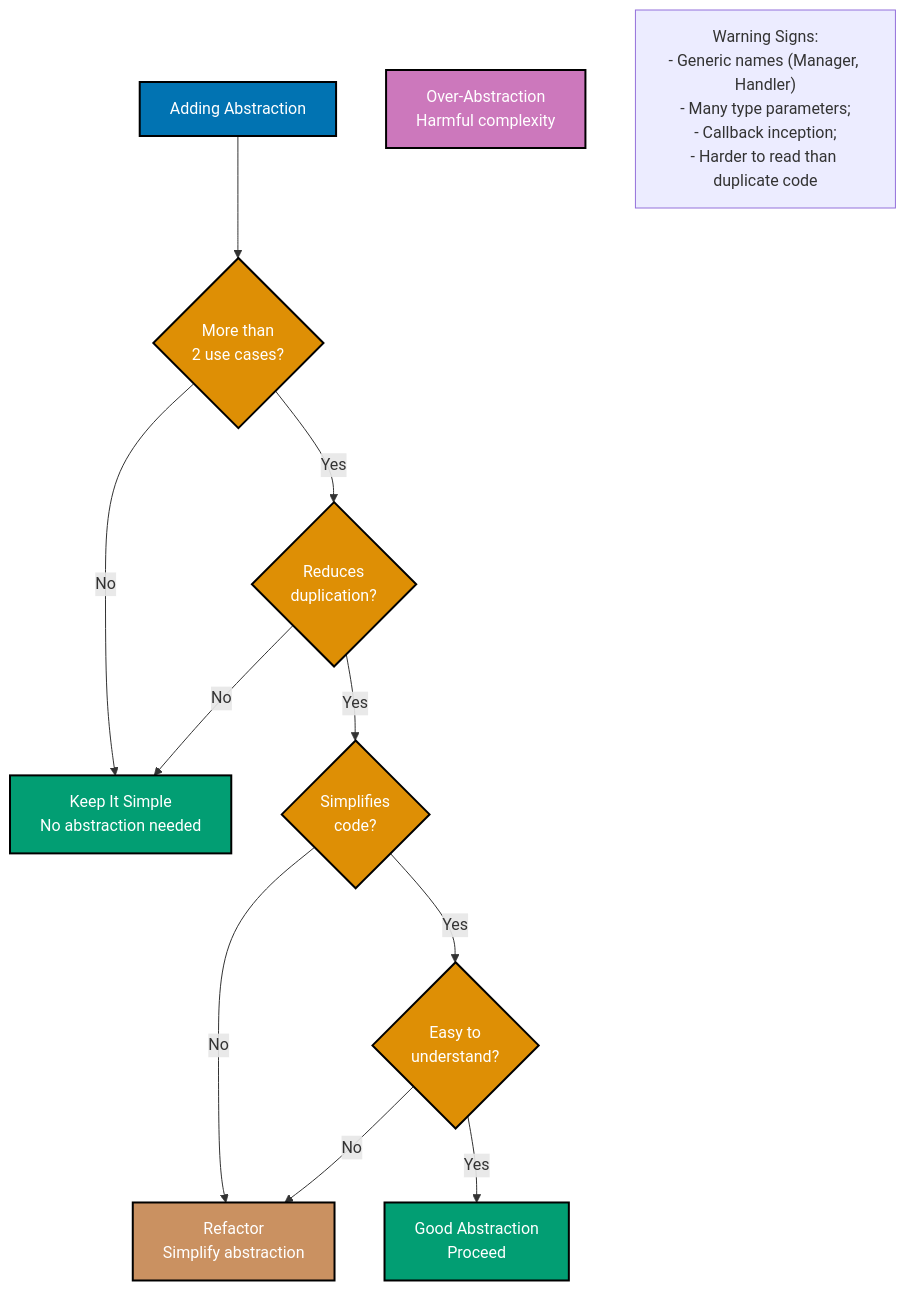
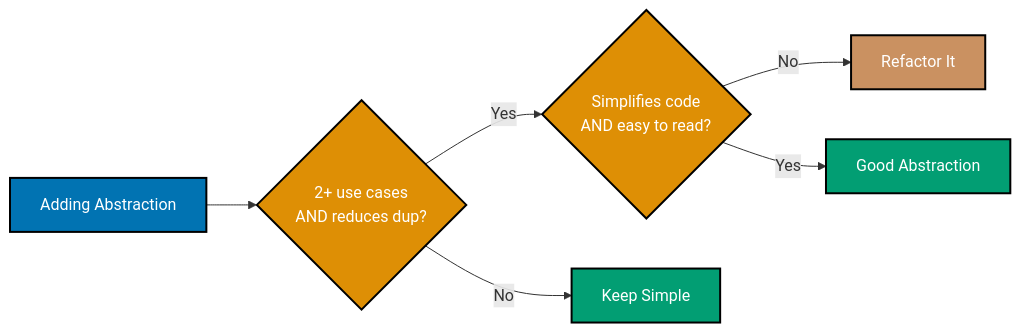
Before and after one commit to wahidyankf/ose-primer: the seventh of 7 diagrams in docs/explanation/software-engineering/programming-languages/typescript/anti-patterns.md, drawn with Mermaid. The commit also changed other lines of this file and 16 other files, not shown here.

Commit message:
fix(docs): fix mermaid violations in typescript/ docs (batch 1/10)

````diff
--- a/docs/explanation/software-engineering/programming-languages/typescript/anti-patterns.md
+++ b/docs/explanation/software-engineering/programming-languages/typescript/anti-patterns.md
@@ -1918,32 +1911,21 @@
 ```mermaid
 %% Color Palette: Blue #0173B2, Orange #DE8F05, Teal #029E73, Purple #CC78BC, Brown #CA9161
-graph TD
+graph LR
     Start["Adding Abstraction"]:::blue
-    Q1{"More than<br/>2 use cases?"}:::orange
-    Q2{"Reduces<br/>duplication?"}:::orange
-    Q3{"Simplifies<br/>code?"}:::orange
-    Q4{"Easy to<br/>understand?"}:::orange
-
-    KeepSimple["Keep It Simple<br/>No abstraction needed"]:::teal
-    GoodAbstraction["Good Abstraction<br/>Proceed"]:::teal
-    Refactor["Refactor<br/>Simplify abstraction"]:::brown
-    OverAbstraction["Over-Abstraction<br/>Harmful complexity"]:::purple
+    Q1{"2+ use cases<br/>AND reduces dup?"}:::orange
+    Q2{"Simplifies code<br/>AND easy to read?"}:::orange
+    Keep["Keep Simple"]:::teal
+    Good["Good Abstraction"]:::teal
+    Refactor["Refactor It"]:::brown
 
     Start --> Q1
-    Q1 -->|No| KeepSimple
+    Q1 -->|No| Keep
     Q1 -->|Yes| Q2
-    Q2 -->|No| KeepSimple
-    Q2 -->|Yes| Q3
-    Q3 -->|No| Refactor
-    Q3 -->|Yes| Q4
-    Q4 -->|No| Refactor
-    Q4 -->|Yes| GoodAbstraction
-
-    Warning["Warning Signs:<br/>- Generic names #40;Manager, Handler#41;<br/>- Many type parameters;<br/>- Callback inception;<br/>- Harder to read than duplicate code"]
+    Q2 -->|No| Refactor
+    Q2 -->|Yes| Good
 
     classDef blue fill:#0173B2,stroke:#000000,color:#FFFFFF,stroke-width:2px
     classDef orange fill:#DE8F05,stroke:#000000,color:#FFFFFF,stroke-width:2px
     classDef teal fill:#029E73,stroke:#000000,color:#FFFFFF,stroke-width:2px
-    classDef purple fill:#CC78BC,stroke:#000000,color:#FFFFFF,stroke-width:2px
     classDef brown fill:#CA9161,stroke:#000000,color:#FFFFFF,stroke-width:2px
 ```
````
